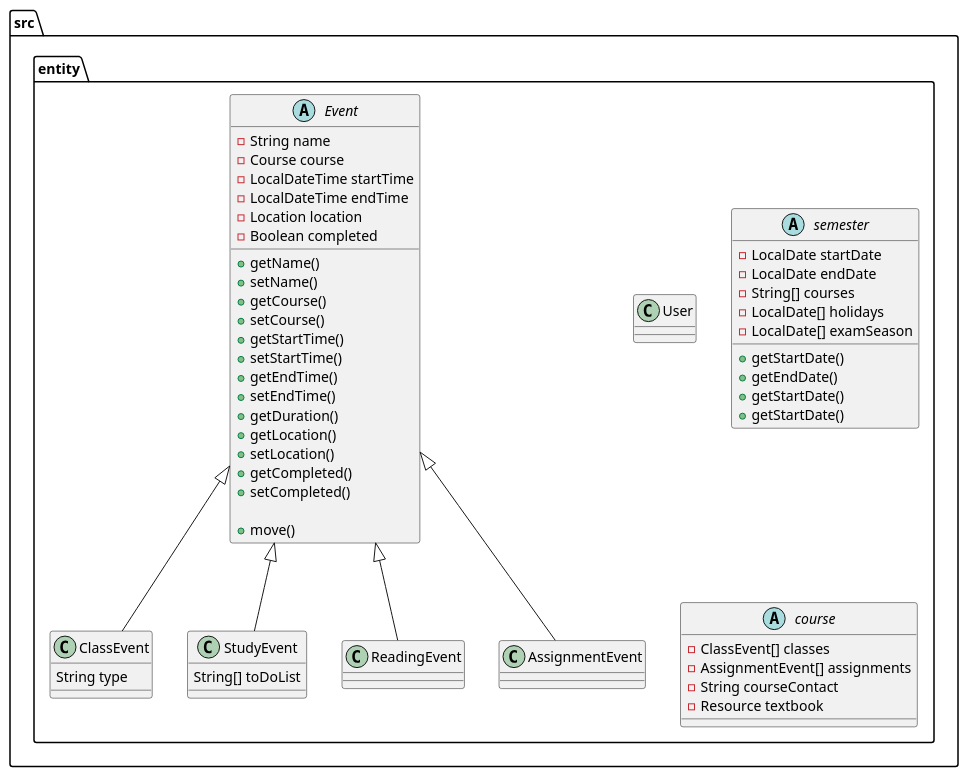
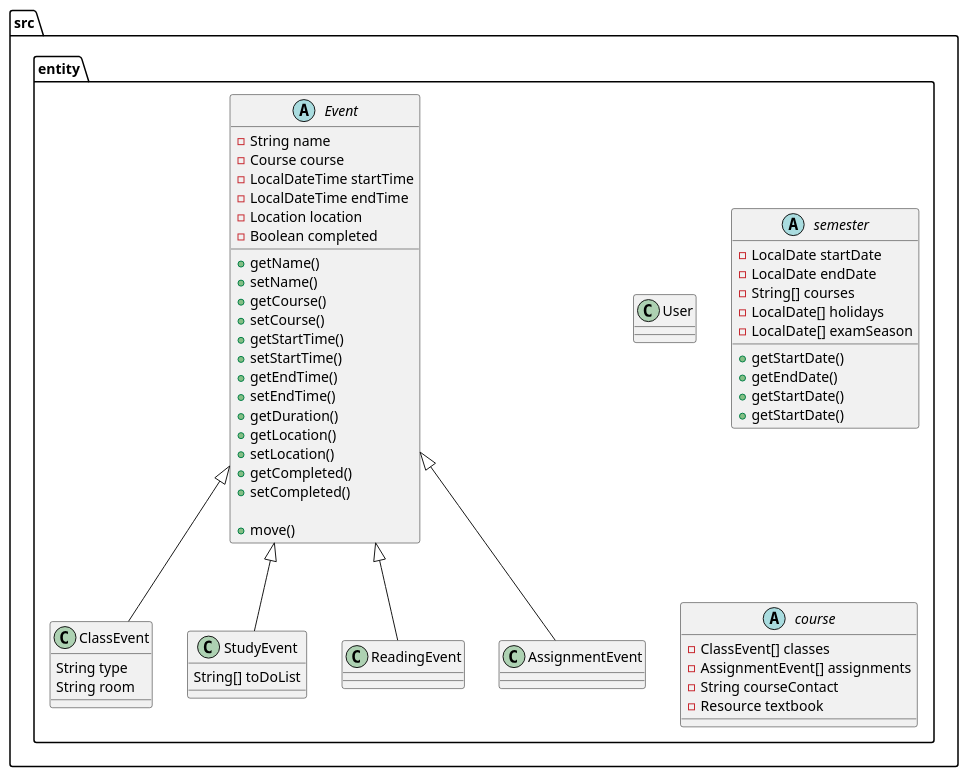
The diagram in DESIGN.puml (Rafiah-n/AcademiCal), drawn with PlantUML before and after one commit. The commit also changed 9 other files, not shown here.

```diff
--- a/DESIGN.puml
+++ b/DESIGN.puml
@@ -1,78 +1,79 @@
 @startuml
 
 folder src {
 
     folder entity {
 
         abstract Event {
             -String name
             -Course course
             -LocalDateTime startTime
             -LocalDateTime endTime
             -Location location
             -Boolean completed
 
             +getName()
             +setName()
             +getCourse()
             +setCourse()
             +getStartTime()
             +setStartTime()
             +getEndTime()
             +setEndTime()
             +getDuration()
             +getLocation()
             +setLocation()
             +getCompleted()
             +setCompleted()
 
             +move()  /' Moves start and end times in unison '/
         }
 
         class ClassEvent extends Event {
         String type
+        String room
         }
 
         class StudyEvent extends Event {
         String[] toDoList
         }
 
         class ReadingEvent extends Event {
 
         }
 
         class AssignmentEvent extends Event {
 
         }
 
         class User {
             ' Unimplemented for now
         }
 
         abstract semester{
          - LocalDate startDate
          - LocalDate endDate
          - String[] courses
          - LocalDate[] holidays
          - LocalDate[] examSeason
 
          + getStartDate()
          + getEndDate()
          + getStartDate()
          + getStartDate()
 
         }
 
         abstract course {
         - ClassEvent[] classes
         - AssignmentEvent[] assignments
         - String courseContact
         - Resource textbook
 
         }
 
     }  /' folder entity '/
 
 }  /' folder src '/
 
 @enduml
```
